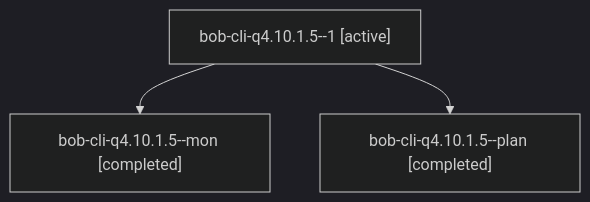
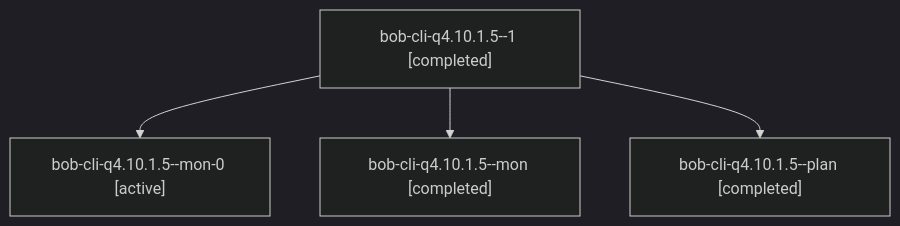
The diagram in sessions/bbugyi200.athena.bob-cli-q4.10.1.5.md (bobs-org/bob-cli--agents), drawn with Mermaid (dark theme) before and after one commit. The commit also changed other lines of this file and 144 other files, not shown here.

````diff
--- a/sessions/bbugyi200.athena.bob-cli-q4.10.1.5.md
+++ b/sessions/bbugyi200.athena.bob-cli-q4.10.1.5.md
@@ -9,8 +9,10 @@
 ```mermaid
 flowchart TD
-  n0["bob-cli-q4.10.1.5--1 [active]"]
-  n1["bob-cli-q4.10.1.5--mon [completed]"]
+  n0["bob-cli-q4.10.1.5--1 [completed]"]
+  n1["bob-cli-q4.10.1.5--mon-0 [active]"]
   n0 --> n1
-  n2["bob-cli-q4.10.1.5--plan [completed]"]
+  n2["bob-cli-q4.10.1.5--mon [completed]"]
   n0 --> n2
+  n3["bob-cli-q4.10.1.5--plan [completed]"]
+  n0 --> n3
 ```
````
